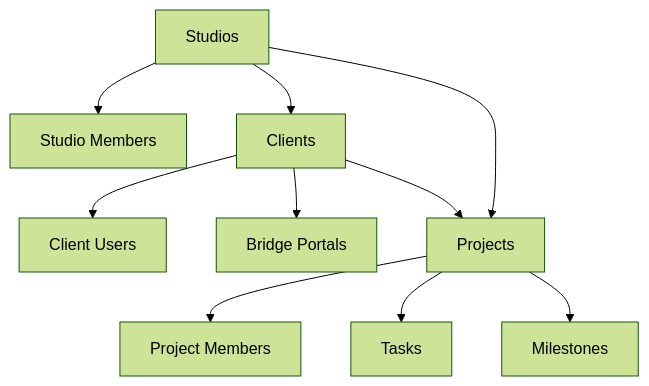
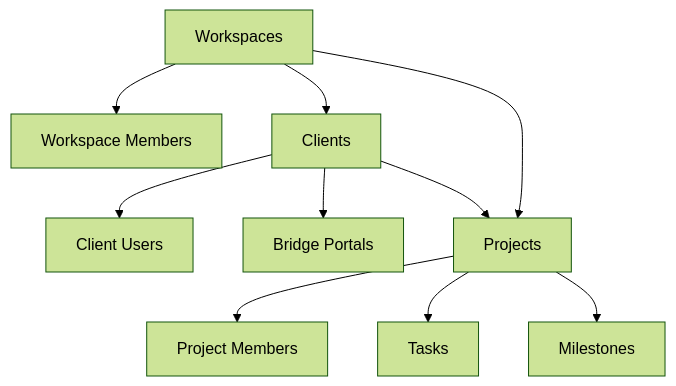
Before and after one commit to createdbysalt/salt: the diagram in supabase/CLAUDE.md, drawn with Mermaid (forest theme). The commit also changed other lines of this file and 622 other files, not shown here.

````diff
--- a/supabase/CLAUDE.md
+++ b/supabase/CLAUDE.md
@@ -42,12 +42,12 @@
 ```mermaid
 graph TD
-    A[Studios] --> B[Studio Members]
+    A[Workspaces] --> B[Workspace Members]
     A --> C[Clients]
     C --> D[Client Users]
     C --> E[Bridge Portals]
     A --> F[Projects]
     C --> F
     F --> G[Project Members]
     F --> H[Tasks]
     F --> I[Milestones]
 ```
````
